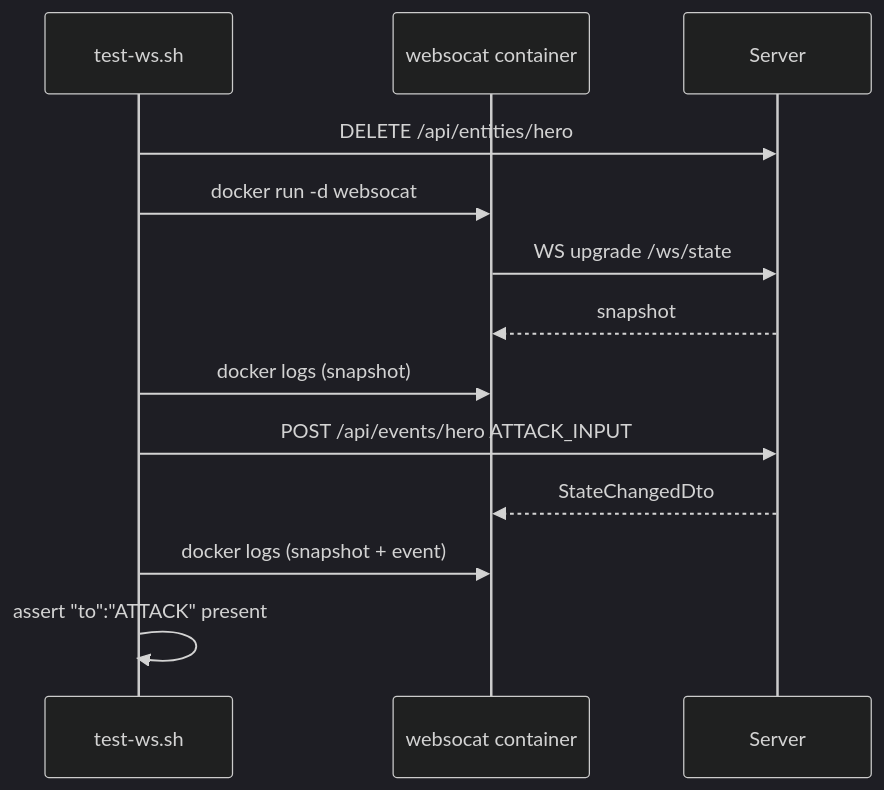
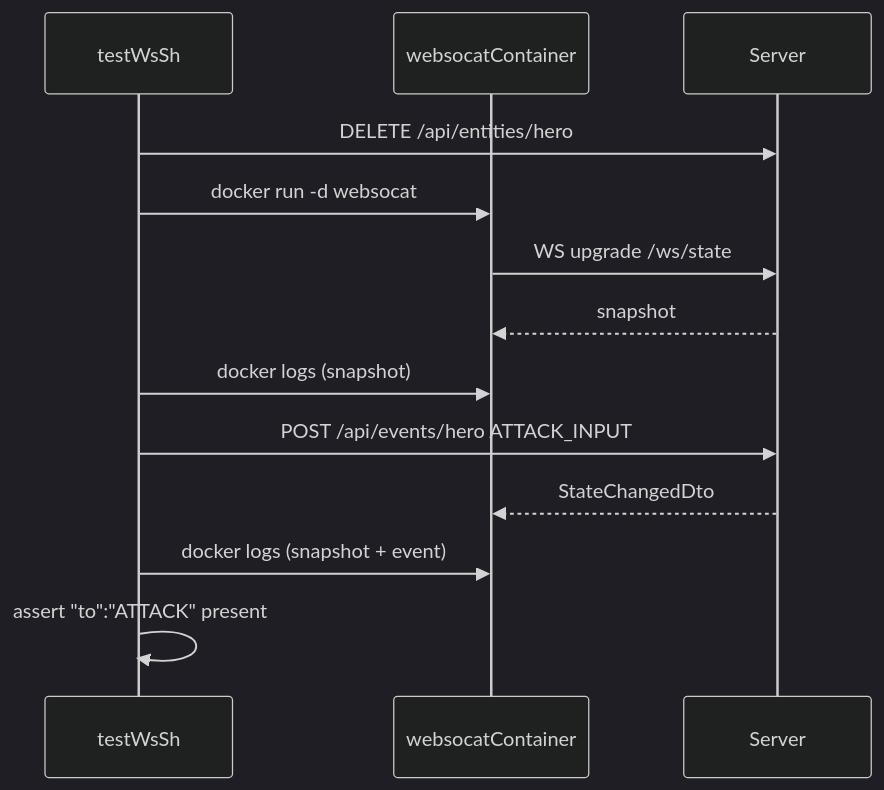
The sixth of 6 diagrams in README.md (Evo-Eclipse/clapper-ktor), drawn with Mermaid (dark theme) before and after one commit. The commit also changed other lines of this file, not shown here.

Commit message:
docs: fix Mermaid diagrams, add ELK layout

````diff
--- a/README.md
+++ b/README.md
@@ -238,16 +241,16 @@
 ```mermaid
 sequenceDiagram
-    participant Sh as test-ws.sh
-    participant W as websocat container
+    participant Sh as testWsSh
+    participant W as websocatContainer
     participant S as Server
 
     Sh->>S: DELETE /api/entities/hero
     Sh->>W: docker run -d websocat
     W->>S: WS upgrade /ws/state
     S-->>W: snapshot
     Sh->>W: docker logs (snapshot)
     Sh->>S: POST /api/events/hero ATTACK_INPUT
     S-->>W: StateChangedDto
     Sh->>W: docker logs (snapshot + event)
     Sh->>Sh: assert "to":"ATTACK" present
 ```
````
